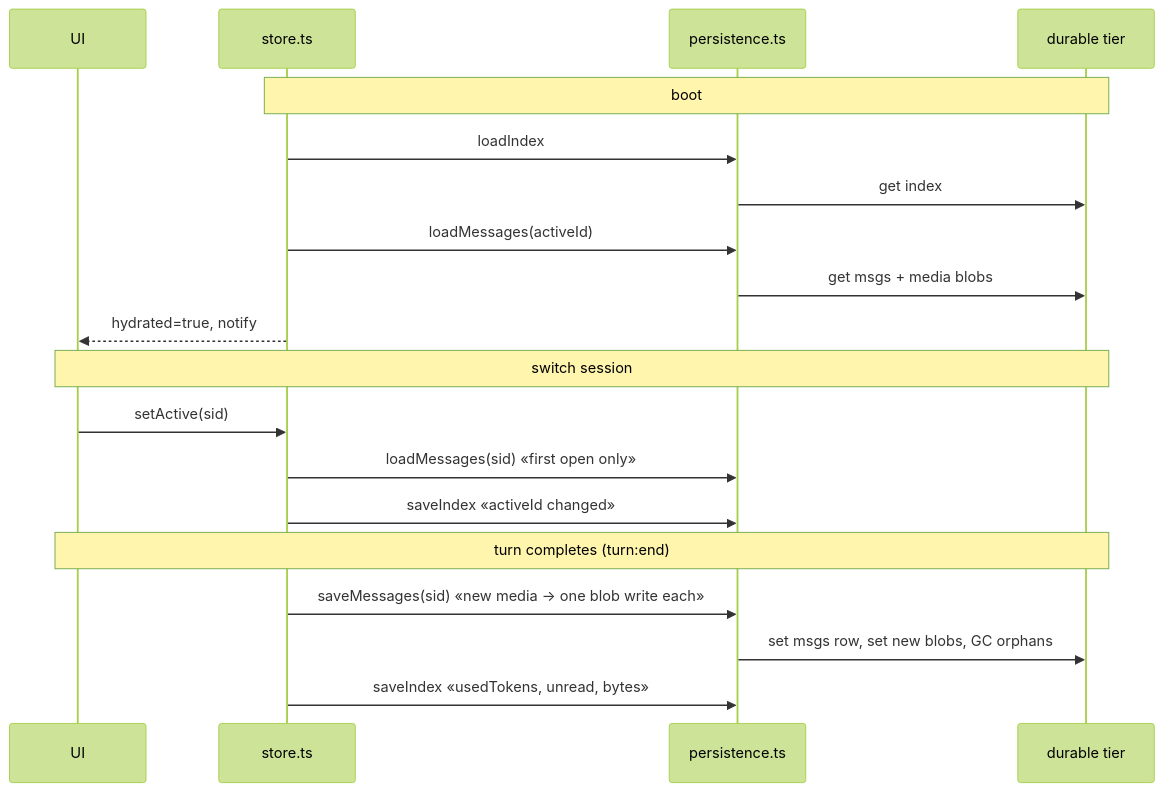
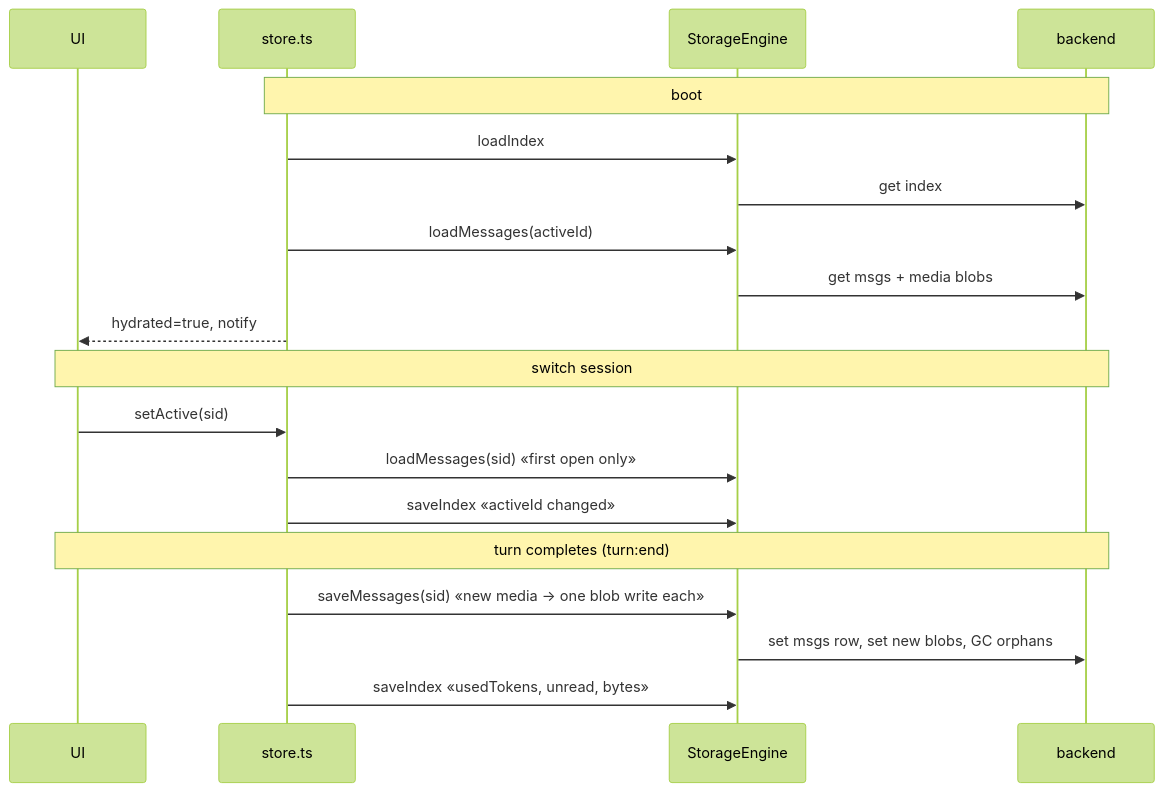
The second of 2 diagrams in docs/architecture/storage.md (bilikaz/v84-harness), drawn with Mermaid (forest theme) before and after one commit. The commit also changed other lines of this file and 23 other files, not shown here.

````diff
--- a/docs/architecture/storage.md
+++ b/docs/architecture/storage.md
@@ -120,24 +142,24 @@
 ```mermaid
 sequenceDiagram
     participant UI
     participant Store as store.ts
-    participant P as persistence.ts
-    participant D as durable tier
+    participant E as StorageEngine
+    participant D as backend
 
     Note over Store,D: boot
-    Store->>P: loadIndex
-    P->>D: get index
-    Store->>P: loadMessages(activeId)
-    P->>D: get msgs + media blobs
+    Store->>E: loadIndex
+    E->>D: get index
+    Store->>E: loadMessages(activeId)
+    E->>D: get msgs + media blobs
     Store-->>UI: hydrated=true, notify
 
     Note over UI,D: switch session
     UI->>Store: setActive(sid)
-    Store->>P: loadMessages(sid) «first open only»
-    Store->>P: saveIndex «activeId changed»
+    Store->>E: loadMessages(sid) «first open only»
+    Store->>E: saveIndex «activeId changed»
 
     Note over UI,D: turn completes (turn:end)
-    Store->>P: saveMessages(sid) «new media → one blob write each»
-    P->>D: set msgs row, set new blobs, GC orphans
-    Store->>P: saveIndex «usedTokens, unread, bytes»
+    Store->>E: saveMessages(sid) «new media → one blob write each»
+    E->>D: set msgs row, set new blobs, GC orphans
+    Store->>E: saveIndex «usedTokens, unread, bytes»
 ```
````
